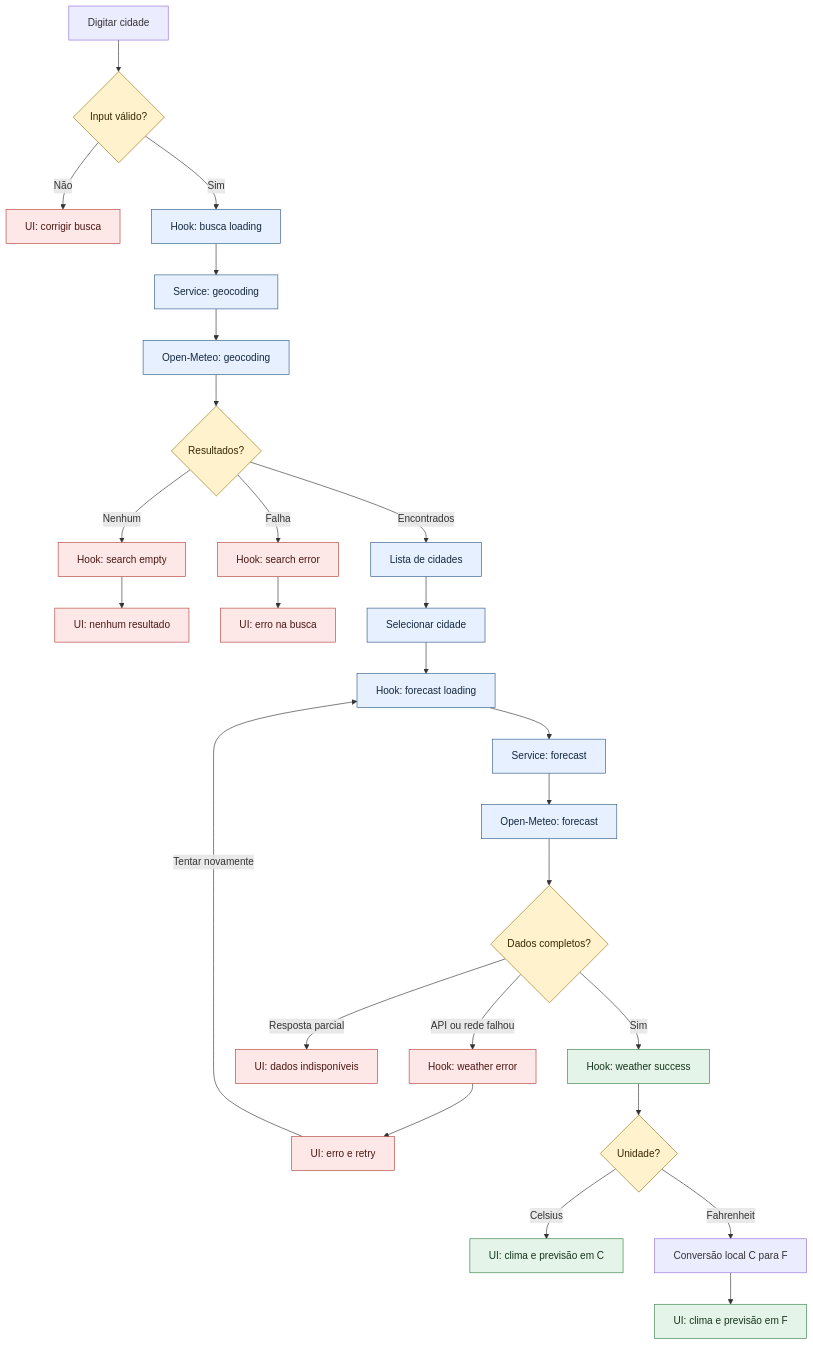
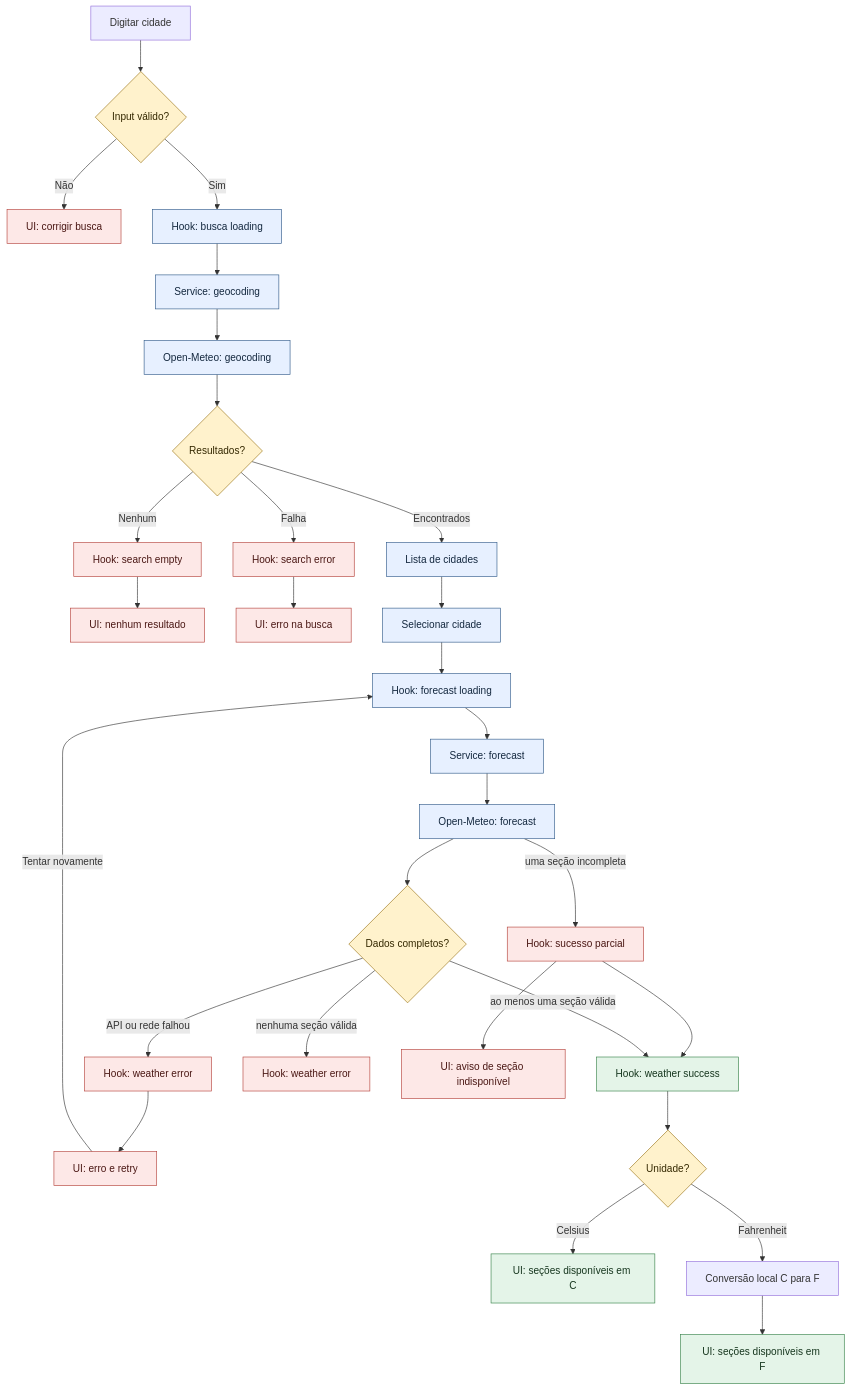
Before and after one commit to treinamentos-serpro/sdd-weather-app-liglezias: the diagram in plans/weather-app-plan.md, drawn with Mermaid. The commit also changed other lines of this file and 1 other file, not shown here.

````diff
--- a/plans/weather-app-plan.md
+++ b/plans/weather-app-plan.md
@@ -188,43 +190,46 @@
 ```mermaid
 flowchart TB
   A[Digitar cidade] --> B{Input válido?}
   B -->|Não| C[UI: corrigir busca]
   B -->|Sim| D[Hook: busca loading]
   D --> E[Service: geocoding]
   E --> F[Open-Meteo: geocoding]
   F --> G{Resultados?}
 
   G -->|Nenhum| H[Hook: search empty]
   H --> I[UI: nenhum resultado]
 
   G -->|Falha| J[Hook: search error]
   J --> K[UI: erro na busca]
 
   G -->|Encontrados| L[Lista de cidades]
   L --> M[Selecionar cidade]
   M --> N[Hook: forecast loading]
   N --> O[Service: forecast]
   O --> P[Open-Meteo: forecast]
   P --> Q{Dados completos?}
 
   Q -->|API ou rede falhou| R[Hook: weather error]
   R --> S[UI: erro e retry]
   S -->|Tentar novamente| N
 
-  Q -->|Resposta parcial| T[UI: dados indisponíveis]
+  P -->|uma seção incompleta| T[Hook: sucesso parcial]
+  T --> U
 
-  Q -->|Sim| U[Hook: weather success]
+  Q -->|ao menos uma seção válida| U[Hook: weather success]
+  Q -->|nenhuma seção válida| Z[Hook: weather error]
   U --> V{Unidade?}
-  V -->|Celsius| W[UI: clima e previsão em C]
+  V -->|Celsius| W[UI: seções disponíveis em C]
   V -->|Fahrenheit| X[Conversão local C para F]
-  X --> Y[UI: clima e previsão em F]
+  X --> Y[UI: seções disponíveis em F]
+  T --> AA[UI: aviso de seção indisponível]
 
   classDef process fill:#e7f0ff,stroke:#315b8a,color:#14283f
   classDef decision fill:#fff2cc,stroke:#9a7415,color:#342800
   classDef success fill:#e4f4e8,stroke:#38834a,color:#16361e
   classDef issue fill:#fde8e7,stroke:#b5423b,color:#4a1714
   class D,E,F,L,M,N,O,P process
   class B,G,Q,V decision
   class U,W,Y success
-  class C,H,I,J,K,R,S,T issue
+  class C,H,I,J,K,R,S,T,Z,AA issue
 ```
````
